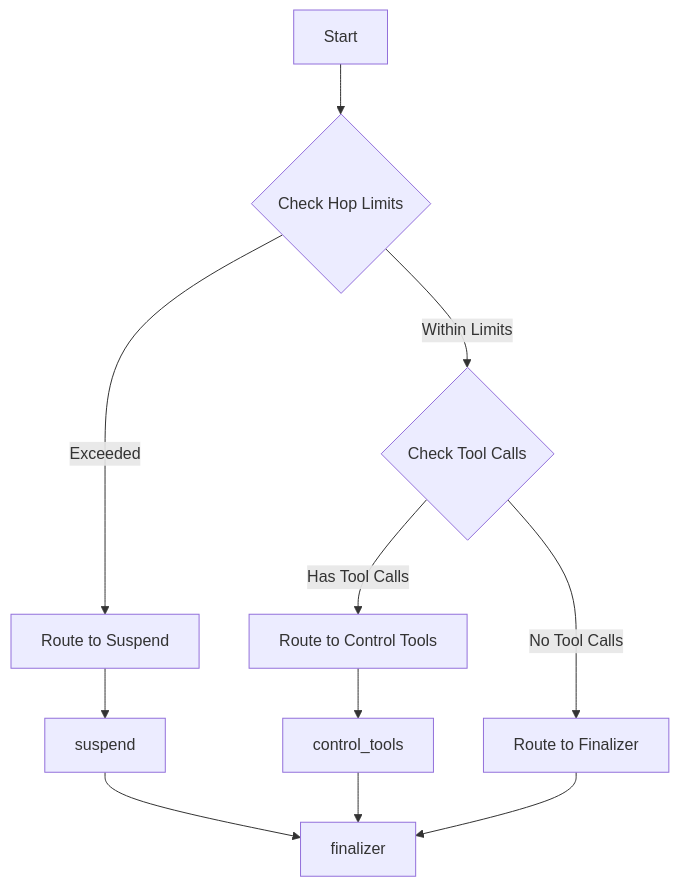
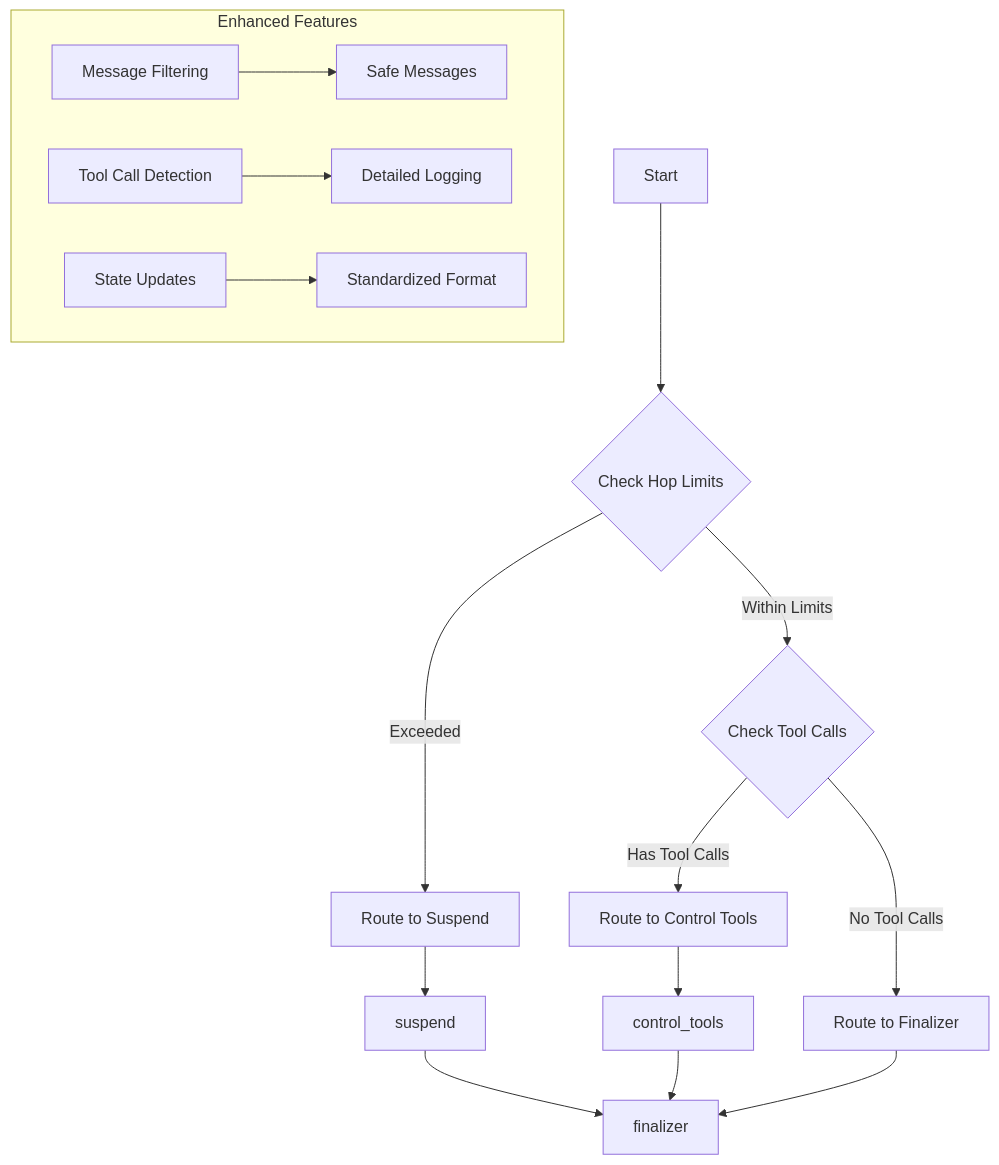
The sixth of 19 diagrams in docs/concepts/langgraph-architecture.md (jonaskahn/cadence), drawn with Mermaid before and after one commit. The commit also changed other lines of this file and 37 other files, not shown here.

````diff
--- a/docs/concepts/langgraph-architecture.md
+++ b/docs/concepts/langgraph-architecture.md
@@ -280,15 +321,21 @@
 ```mermaid
 flowchart TD
     A[Start] --> B{Check Hop Limits}
     B -->|Exceeded| C[Route to Suspend]
     B -->|Within Limits| D{Check Tool Calls}
     D -->|Has Tool Calls| E[Route to Control Tools]
     D -->|No Tool Calls| F[Route to Finalizer]
     
     C --> G[suspend]
     E --> H[control_tools]
     F --> I[finalizer]
     
     G --> I
     H --> I
+    
+    subgraph "Enhanced Features"
+        J[Message Filtering] --> K[Safe Messages]
+        L[Tool Call Detection] --> M[Detailed Logging]
+        N[State Updates] --> O[Standardized Format]
+    end
 ```
````
